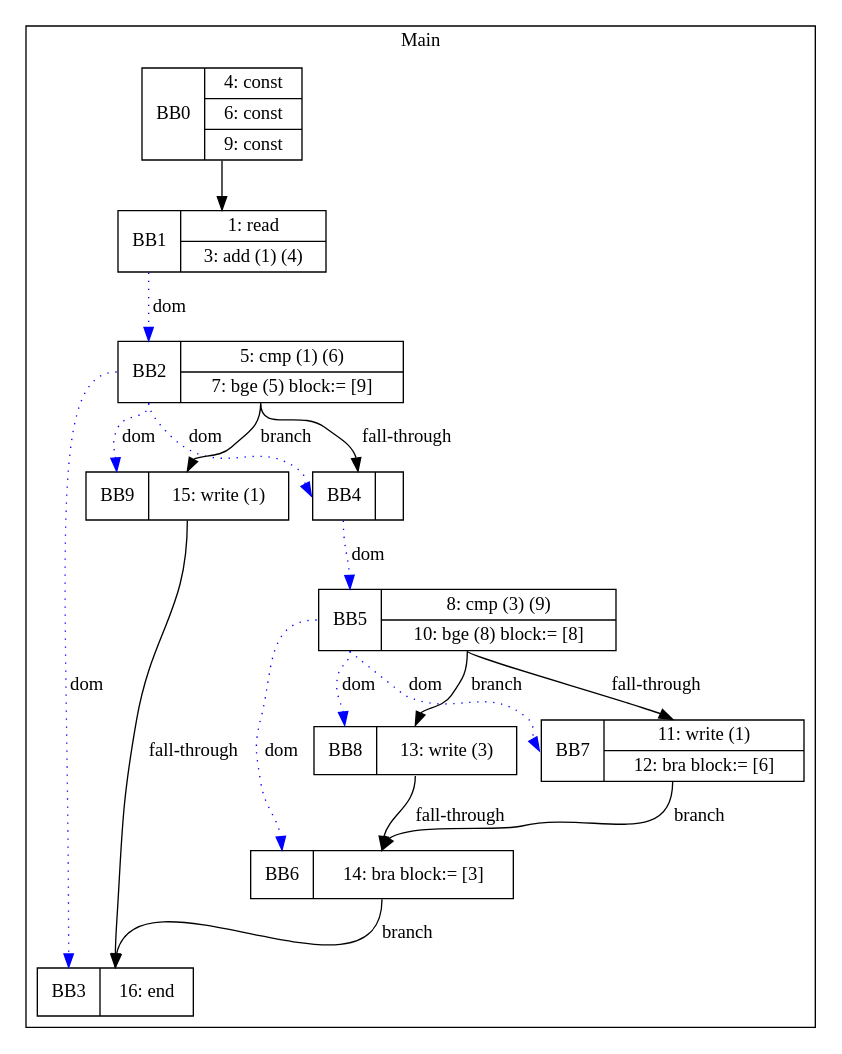
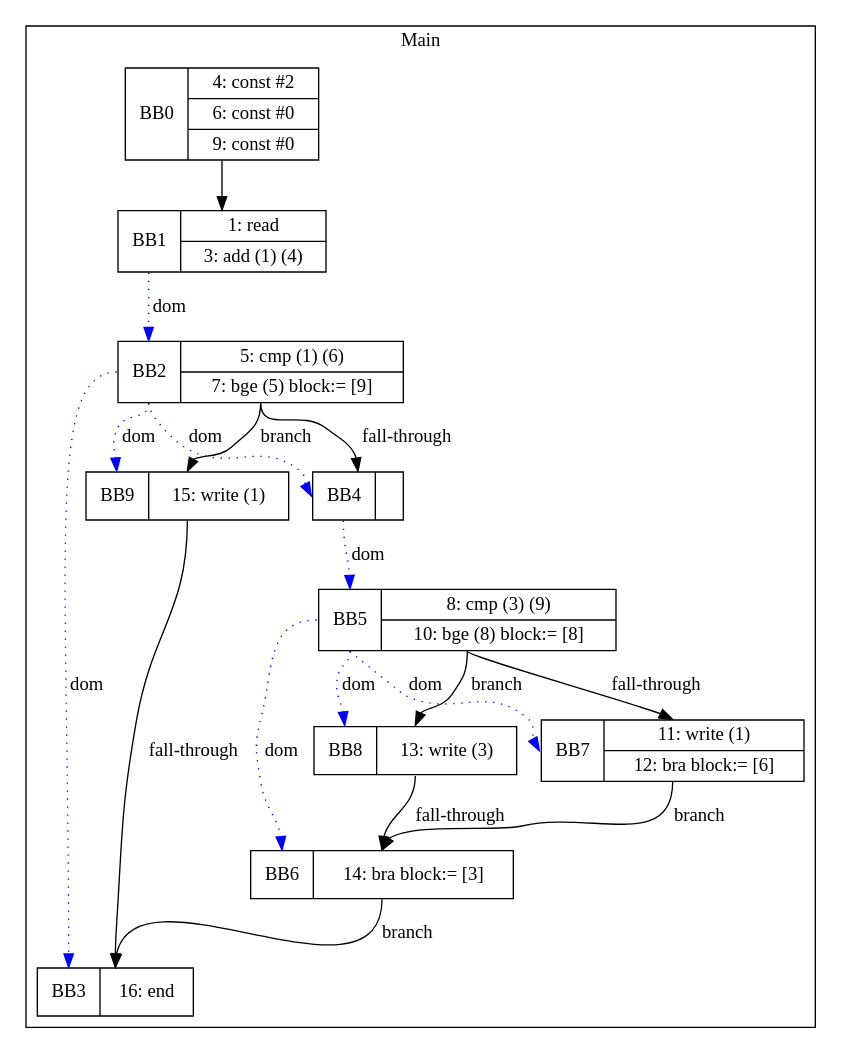
One commit to zjc664656505/UCI-CS241-Advanced-Compiler-main changed the diagram in visualization/nested_if.gv. Above: the diagram before and after it, drawn with Graphviz. The commit also changed 11 other files, not shown here.

```diff
--- a/visualization/nested_if.gv
+++ b/visualization/nested_if.gv
@@ -1,33 +1,33 @@
 digraph G {
 node [shape=record];
 subgraph cluster_main{
 label = "Main";
-BB0 [shape=record, label="<b>BB0|{4: const|6: const|9: const}"];
+BB0 [shape=record, label="<b>BB0|{4: const #2|6: const #0|9: const #0}"];
 BB1 [shape=record, label="<b>BB1|{1: read|3: add (1) (4)}"];
 BB2 [shape=record, label="<b>BB2|{5: cmp (1) (6)|7: bge (5) block:= [9]}"];
 BB3 [shape=record, label="<b>BB3|{16: end}"];
 BB4 [shape=record, label="<b>BB4|}"];
 BB5 [shape=record, label="<b>BB5|{8: cmp (3) (9)|10: bge (8) block:= [8]}"];
 BB6 [shape=record, label="<b>BB6|{14: bra block:= [3]}"];
 BB7 [shape=record, label="<b>BB7|{11: write (1)|12: bra block:= [6]}"];
 BB8 [shape=record, label="<b>BB8|{13: write (3)}"];
 BB9 [shape=record, label="<b>BB9|{15: write (1)}"];
 }
 BB0:s -> BB1:n ;
 BB2:b -> BB4:b [color=blue, style=dotted, label="dom"];
 BB1:b -> BB2:b [color=blue, style=dotted, label="dom"];
 BB5:b -> BB8:b [color=blue, style=dotted, label="dom"];
 BB5:b -> BB7:b [color=blue, style=dotted, label="dom"];
 BB2:b -> BB3:b [color=blue, style=dotted, label="dom"];
 BB2:b -> BB9:b [color=blue, style=dotted, label="dom"];
 BB4:b -> BB5:b [color=blue, style=dotted, label="dom"];
 BB5:b -> BB6:b [color=blue, style=dotted, label="dom"];
 BB2:s -> BB9:n [label="branch"];
 BB6:s -> BB3:n [label="branch"];
 BB7:s -> BB6:n [label="branch"];
 BB5:s -> BB8:n [label="branch"];
 BB2:s -> BB4:n [label="fall-through"];
 BB5:s -> BB7:n [label="fall-through"];
 BB9:s -> BB3:n [label="fall-through"];
 BB8:s -> BB6:n [label="fall-through"];
 }
```
